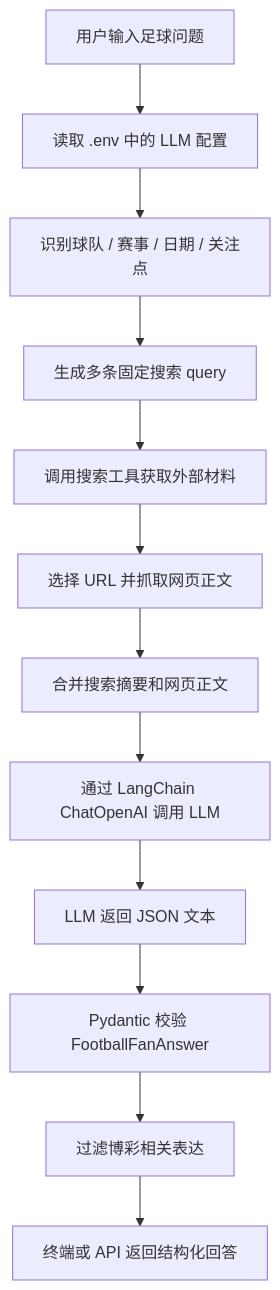
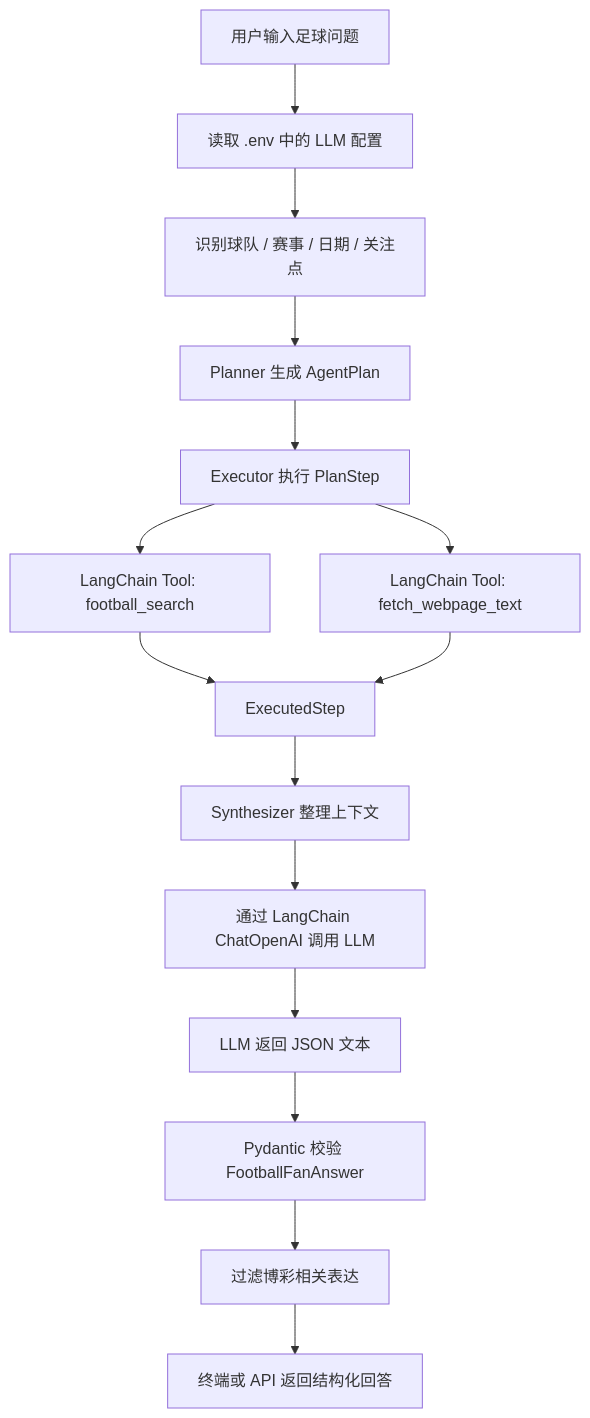
Before and after one commit to YinL04/GoalMind: the first of 10 diagrams in 技术文档.md, drawn with Mermaid. The commit also changed other lines of this file and 3 other files, not shown here.

Commit message:
Refactor agent to plan and execute

````diff
--- a/技术文档.md
+++ b/技术文档.md
@@ -116,14 +126,17 @@
 ```mermaid
 flowchart TD
     A["用户输入足球问题"] --> B["读取 .env 中的 LLM 配置"]
     B --> C["识别球队 / 赛事 / 日期 / 关注点"]
-    C --> D["生成多条固定搜索 query"]
-    D --> E["调用搜索工具获取外部材料"]
-    E --> F["选择 URL 并抓取网页正文"]
-    F --> G["合并搜索摘要和网页正文"]
-    G --> H["通过 LangChain ChatOpenAI 调用 LLM"]
-    H --> I["LLM 返回 JSON 文本"]
-    I --> J["Pydantic 校验 FootballFanAnswer"]
-    J --> K["过滤博彩相关表达"]
-    K --> L["终端或 API 返回结构化回答"]
+    C --> D["Planner 生成 AgentPlan"]
+    D --> E["Executor 执行 PlanStep"]
+    E --> F["LangChain Tool: football_search"]
+    E --> G["LangChain Tool: fetch_webpage_text"]
+    F --> H["ExecutedStep"]
+    G --> H
+    H --> I["Synthesizer 整理上下文"]
+    I --> J["通过 LangChain ChatOpenAI 调用 LLM"]
+    J --> K["LLM 返回 JSON 文本"]
+    K --> L["Pydantic 校验 FootballFanAnswer"]
+    L --> M["过滤博彩相关表达"]
+    M --> N["终端或 API 返回结构化回答"]
 ```
````
